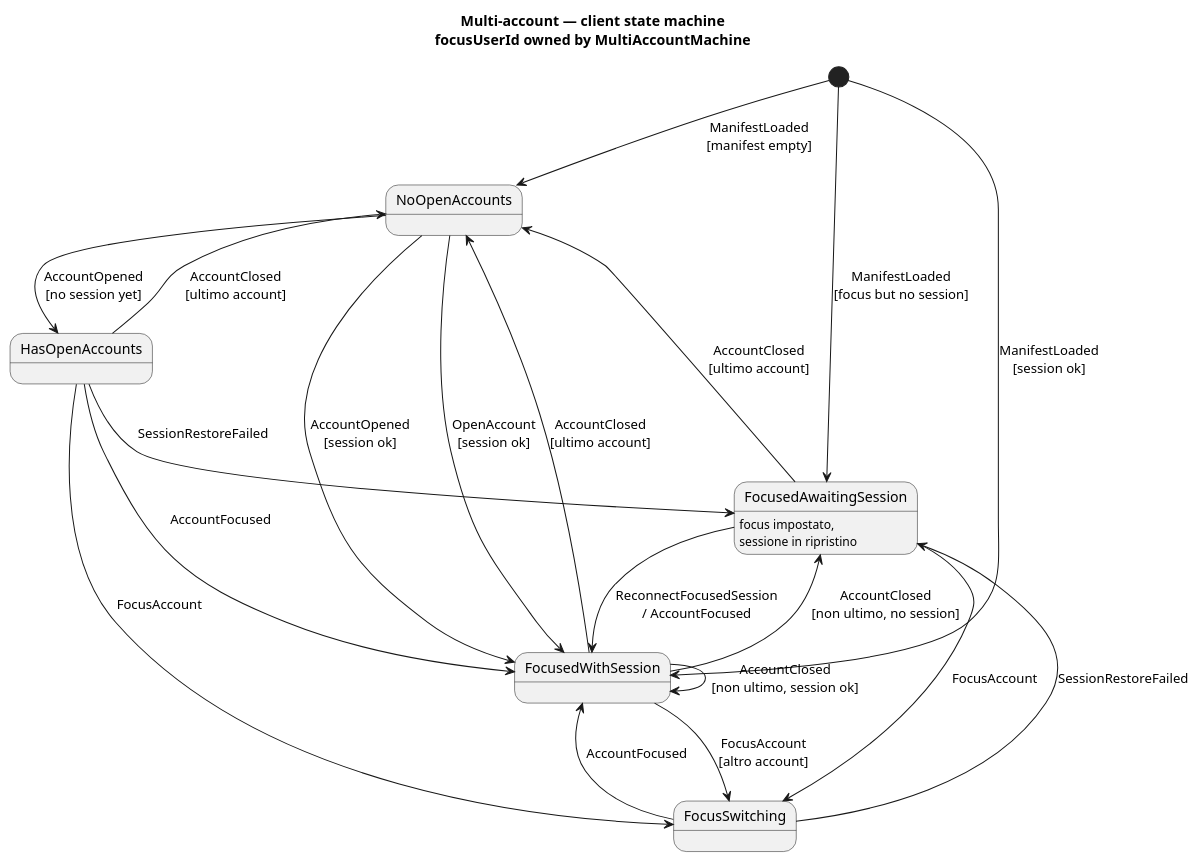
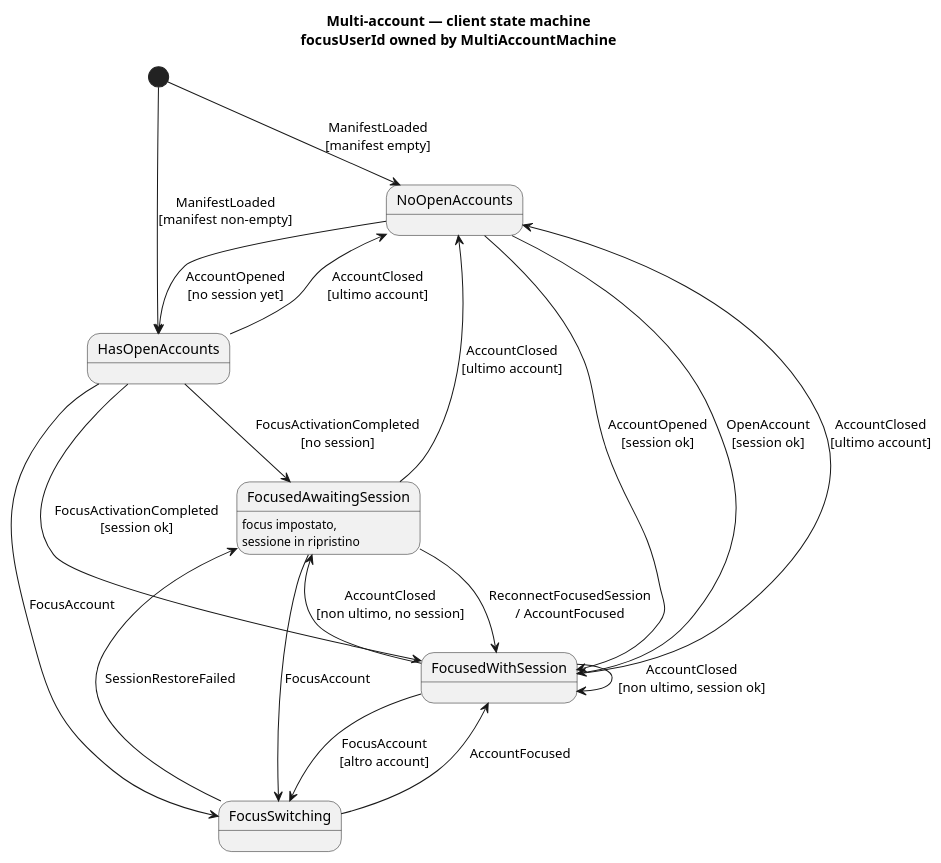
One commit to alfred-im/alfred-im changed the diagram in docs/model/uml/multi-account/multi-account-state.puml. Above: the diagram before and after it, drawn with PlantUML. The commit also changed 97 other files, not shown here.

```diff
--- a/docs/model/uml/multi-account/multi-account-state.puml
+++ b/docs/model/uml/multi-account/multi-account-state.puml
@@ -1,40 +1,38 @@
 @startuml multi-account-state
 ' Context: multi-account
 ' SDD: PROM-MULTI-ACCOUNT
-' Revision: 2026-07-19
+' Revision: 2026-07-27
 
 title Multi-account — client state machine\nfocusUserId owned by MultiAccountMachine
 
 state NoOpenAccounts
 state HasOpenAccounts
 state FocusSwitching
 state FocusedWithSession
 state FocusedAwaitingSession : focus impostato,\nsessione in ripristino
 
 [*] --> NoOpenAccounts : ManifestLoaded\n[manifest empty]
-[*] --> FocusedWithSession : ManifestLoaded\n[session ok]
-[*] --> FocusedAwaitingSession : ManifestLoaded\n[focus but no session]
+[*] --> HasOpenAccounts : ManifestLoaded\n[manifest non-empty]
 
 NoOpenAccounts --> HasOpenAccounts : AccountOpened\n[no session yet]
 NoOpenAccounts --> FocusedWithSession : AccountOpened\n[session ok]
 NoOpenAccounts --> FocusedWithSession : OpenAccount\n[session ok]
 
+HasOpenAccounts --> FocusedWithSession : FocusActivationCompleted\n[session ok]
+HasOpenAccounts --> FocusedAwaitingSession : FocusActivationCompleted\n[no session]
 HasOpenAccounts --> FocusSwitching : FocusAccount
-HasOpenAccounts --> FocusedWithSession : AccountFocused
 HasOpenAccounts --> NoOpenAccounts : AccountClosed\n[ultimo account]
 
-HasOpenAccounts --> FocusedAwaitingSession : SessionRestoreFailed
+FocusSwitching --> FocusedWithSession : AccountFocused
+FocusSwitching --> FocusedAwaitingSession : SessionRestoreFailed
 
 FocusedWithSession --> FocusSwitching : FocusAccount\n[altro account]
 FocusedWithSession --> NoOpenAccounts : AccountClosed\n[ultimo account]
 FocusedWithSession --> FocusedWithSession : AccountClosed\n[non ultimo, session ok]
 FocusedWithSession --> FocusedAwaitingSession : AccountClosed\n[non ultimo, no session]
 
 FocusedAwaitingSession --> FocusSwitching : FocusAccount
 FocusedAwaitingSession --> FocusedWithSession : ReconnectFocusedSession\n/ AccountFocused
 FocusedAwaitingSession --> NoOpenAccounts : AccountClosed\n[ultimo account]
 
-FocusSwitching --> FocusedWithSession : AccountFocused
-FocusSwitching --> FocusedAwaitingSession : SessionRestoreFailed
-
 @enduml
```
